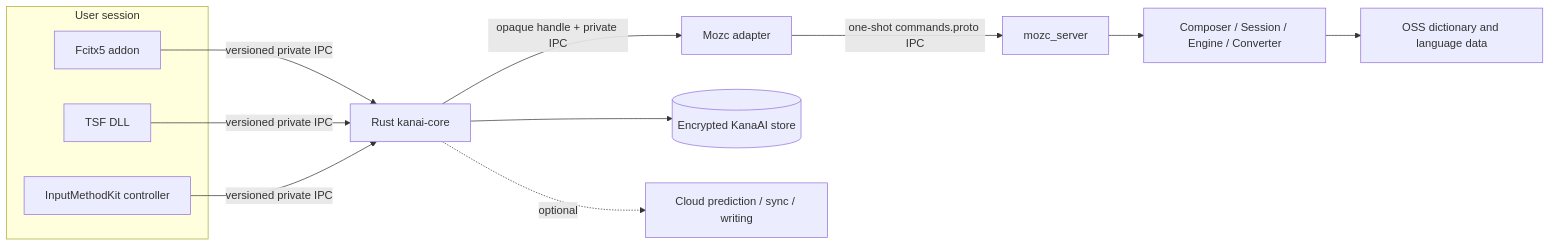
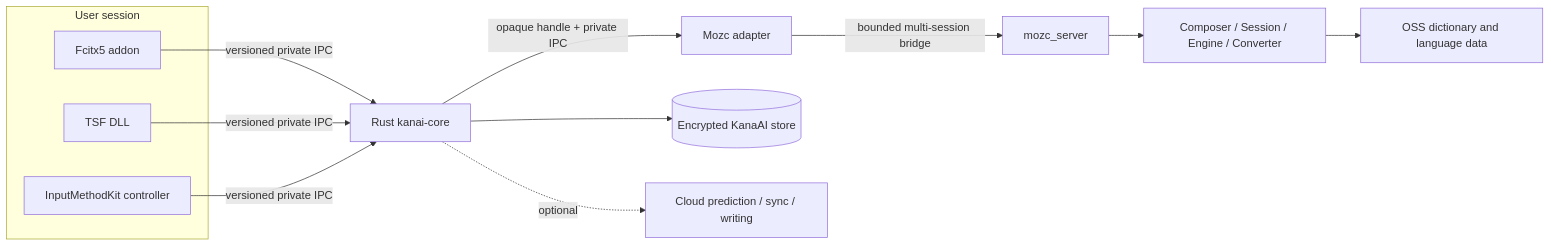
Before and after one commit to aruiki/kanai: the first of 2 diagrams in docs/MOZC_INTEGRATION.md, drawn with Mermaid. The commit also changed other lines of this file and 75 other files, not shown here.

````diff
--- a/docs/MOZC_INTEGRATION.md
+++ b/docs/MOZC_INTEGRATION.md
@@ -55,20 +55,20 @@
 ```mermaid
 flowchart LR
     subgraph User[User session]
         F[Fcitx5 addon]
         W[TSF DLL]
         I[InputMethodKit controller]
     end
 
     F -->|versioned private IPC| R[Rust kanai-core]
     W -->|versioned private IPC| R
     I -->|versioned private IPC| R
 
     R -->|opaque handle + private IPC| M[Mozc adapter]
-    M -->|one-shot commands.proto IPC| S[mozc_server]
+    M -->|bounded multi-session bridge| S[mozc_server]
     S --> E[Composer / Session / Engine / Converter]
     E --> D[OSS dictionary and language data]
 
     R --> P[(Encrypted KanaAI store)]
     R -. optional .-> C[Cloud prediction / sync / writing]
 ```
````
